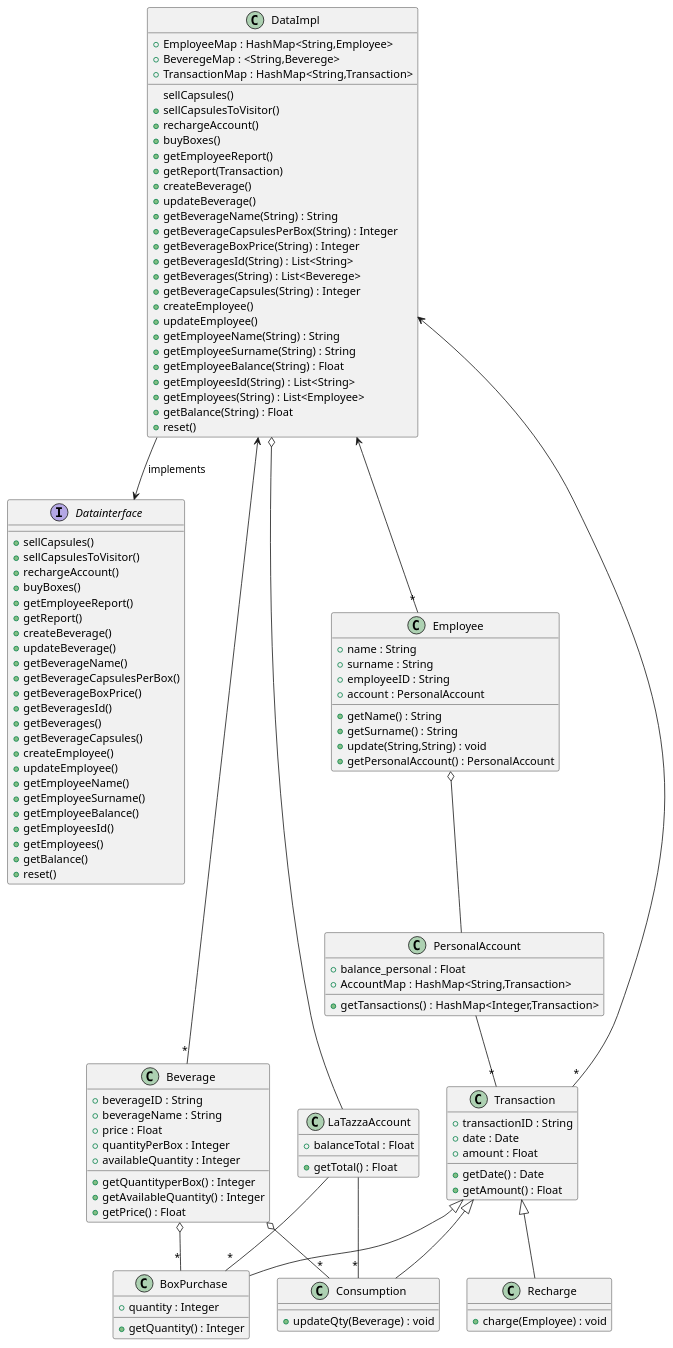
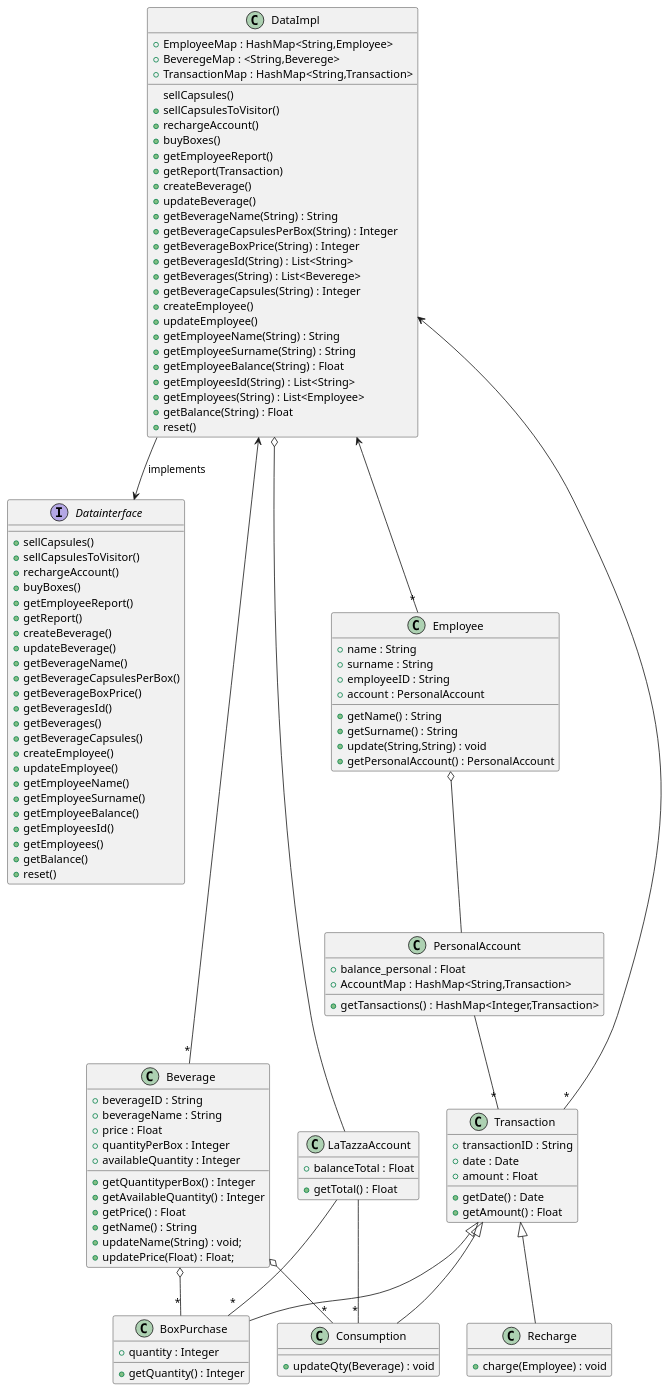
The third of 7 diagrams in templates/DesignDocumentTemplate.md (salvatore-dimartino/LaTazza), drawn with PlantUML before and after one commit.

```diff
--- a/templates/DesignDocumentTemplate.md
+++ b/templates/DesignDocumentTemplate.md
@@ -168,6 +168,9 @@
     +getQuantityperBox() : Integer
     +getAvailableQuantity() : Integer
     +getPrice() : Float
+    +getName() : String
+    +updateName(String) : void;
+    +updatePrice(Float) : Float;
 }
 
 class BoxPurchase {
```
